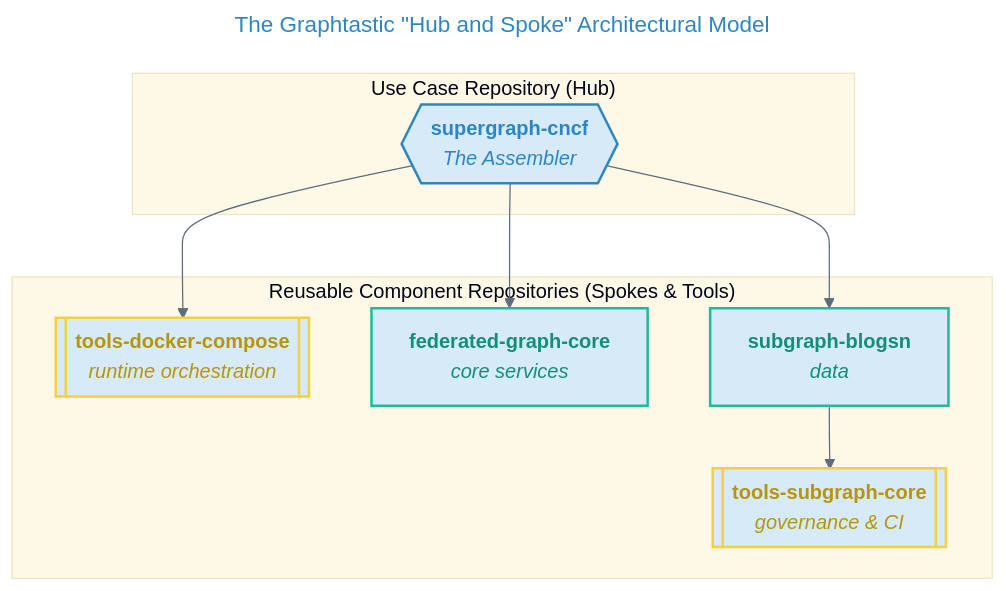
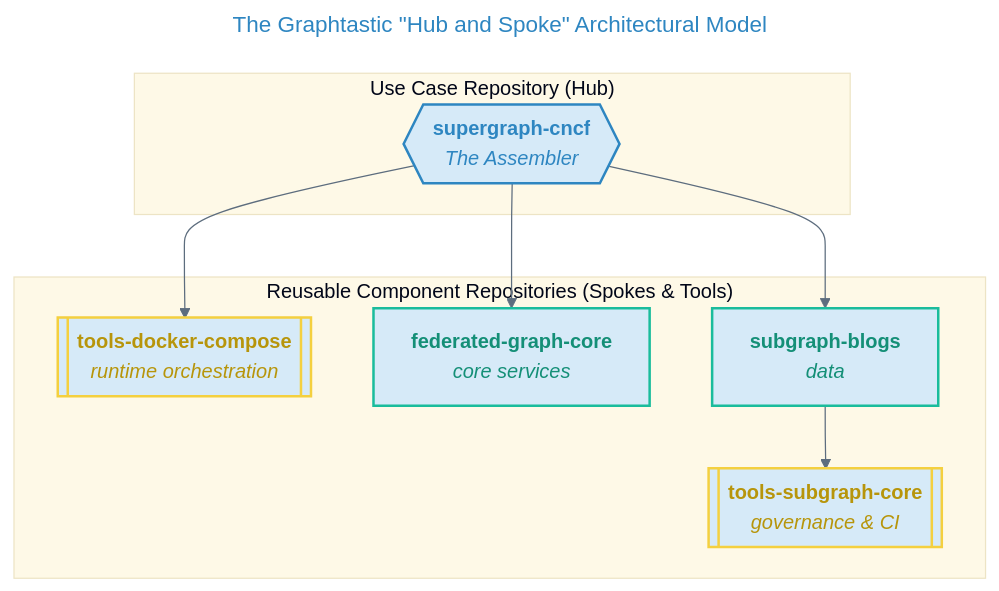
One commit to graphtastic/platform changed the second of 9 diagrams in docs/design/tome--graphtastic-platform-docker-compose.md. Above: the diagram before and after it, drawn with Mermaid.

Commit message:
docs: (platform-tome) nit in diagram

````diff
--- a/docs/design/tome--graphtastic-platform-docker-compose.md
+++ b/docs/design/tome--graphtastic-platform-docker-compose.md
@@ -266,51 +266,51 @@
 ```mermaid
 ---
 title: The Graphtastic "Hub and Spoke" Architectural Model
 ---
 %%{
   init: {
     "theme": "base",
     "themeVariables": {
       "primaryColor": "#D6EAF8",
       "primaryTextColor": "#2E86C1",
       "primaryBorderColor": "#2E86C1",
       "lineColor": "#5D6D7E",
       "secondaryColor": "#E8F8F5",
       "tertiaryColor": "#FEF9E7"
     }
   }
 }%%
 flowchart TD
     %% Accessible description:
     %% This diagram illustrates the "Hub and Spoke" model. A "Use Case Repository" (Hub)
     %% acts as an assembler, defining dependencies on various reusable components (Spokes).
     %% Spokes include core services, data subgraphs, and orchestration tools.
 
     %% Define styles using theme-aware classes.
     %% We will apply these using the nodeId:::className syntax.
     classDef hub stroke-width:2px;
     classDef spoke fill:#secondaryColor,stroke:#1ABC9C,stroke-width:2px,color:#148F77;
     classDef tool fill:#tertiaryColor,stroke:#F4D03F,stroke-width:2px,color:#B7950B;
 
     subgraph "Use Case Repository (Hub)"
         %% Use a Hexagon shape for the assembler/build process.
         Hub{{<b>supergraph-cncf</b><br/><i>The Assembler</i>}}:::hub
     end
 
     subgraph "Reusable Component Repositories (Spokes & Tools)"
         %% Insert <br/> tags to prevent text clipping on long labels.
         ToolsD[[<b>tools-docker-compose</b><br/><i>runtime orchestration</i>]]:::tool
         ToolsS[[<b>tools-subgraph-core</b><br/><i>governance & CI</i>]]:::tool
         Core[<b>federated-graph-core</b><br/><i>core services</i>]:::spoke
-        Blogs[<b>subgraph-blogsn</b><br/><i>data</i>]:::spoke
+        Blogs[<b>subgraph-blogs</b><br/><i>data</i>]:::spoke
     end
 
     %% Create a cleaner visual flow by removing repetitive link labels.
     %% The "Manifest lists dependency on" relationship is clear from the visual grouping.
     Hub --> ToolsD
     Hub --> Core
     Hub --> Blogs
 
     %% The "Dev dependency on" relationship is still clear due to the flow.
     Blogs --> ToolsS
 ```
````
